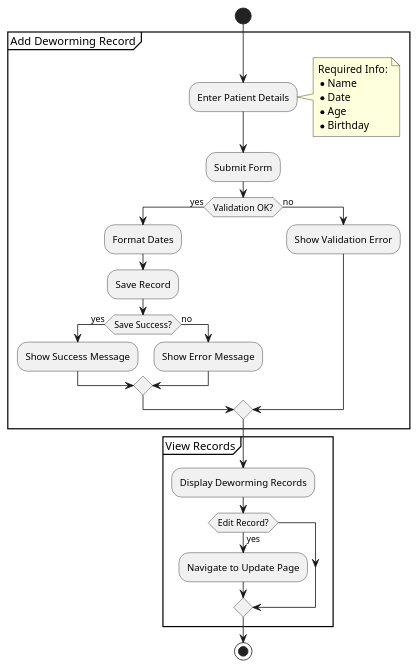
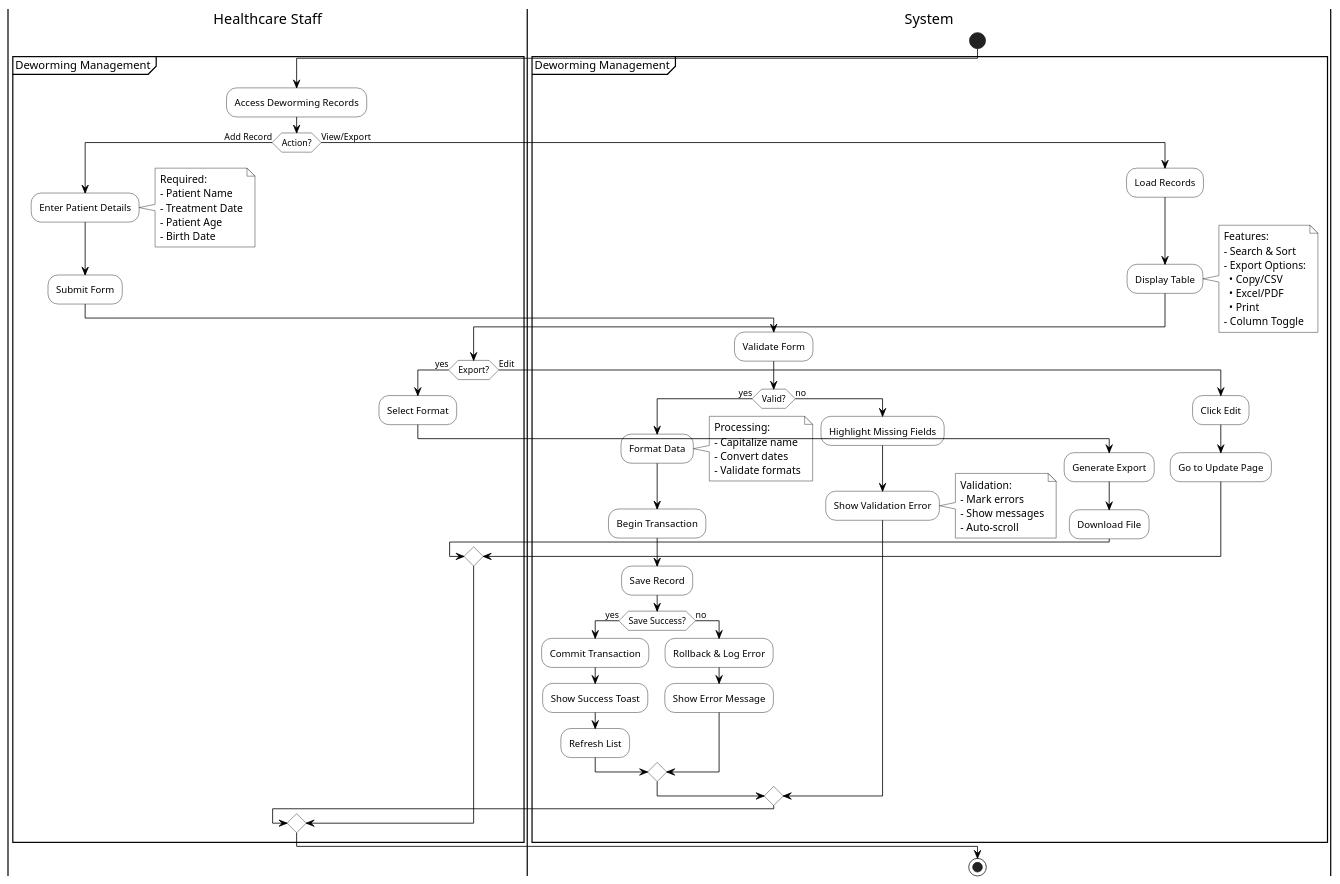
The diagram in dist/diagrams/Activity_Diagrams/deworming.activity.puml (KuroKage-001/Mamatid_MedClinic), drawn with PlantUML before and after one commit. The commit also changed 17 other files, not shown here.

```diff
--- a/dist/diagrams/Activity_Diagrams/deworming.activity.puml
+++ b/dist/diagrams/Activity_Diagrams/deworming.activity.puml
@@ -1,38 +1,95 @@
 @startuml Deworming Activity
+skinparam monochrome true
+skinparam shadowing false
+skinparam ActivityBackgroundColor white
+skinparam ActivityBorderColor black
+skinparam ArrowColor black
+skinparam NoteBackgroundColor white
+skinparam NoteBorderColor black
+
+|Healthcare Staff|
+|System|
 
 start
 
-partition "Add Deworming Record" {
-  :Enter Patient Details;
-  note right
-    Required Info:
-    * Name
-    * Date
-    * Age
-    * Birthday
-  end note
-  :Submit Form;
+partition "Deworming Management" {
+  |Healthcare Staff|
+  :Access Deworming Records;
   
-  if (Validation OK?) then (yes)
-    :Format Dates;
-    :Save Record;
-    if (Save Success?) then (yes)
-      :Show Success Message;
+  if (Action?) then (Add Record)
+    :Enter Patient Details;
+    note right
+      Required:
+      - Patient Name
+      - Treatment Date
+      - Patient Age
+      - Birth Date
+    end note
+    
+    :Submit Form;
+    
+    |System|
+    :Validate Form;
+    
+    if (Valid?) then (yes)
+      :Format Data;
+      note right
+        Processing:
+        - Capitalize name
+        - Convert dates
+        - Validate formats
+      end note
+      
+      :Begin Transaction;
+      :Save Record;
+      
+      if (Save Success?) then (yes)
+        :Commit Transaction;
+        :Show Success Toast;
+        :Refresh List;
+      else (no)
+        :Rollback & Log Error;
+        :Show Error Message;
+      endif
+      
     else (no)
-      :Show Error Message;
+      :Highlight Missing Fields;
+      :Show Validation Error;
+      note right
+        Validation:
+        - Mark errors
+        - Show messages
+        - Auto-scroll
+      end note
     endif
-  else (no)
-    :Show Validation Error;
-  endif
-}
-
-partition "View Records" {
-  :Display Deworming Records;
-  if (Edit Record?) then (yes)
-    :Navigate to Update Page;
+    
+  else (View/Export)
+    |System|
+    :Load Records;
+    :Display Table;
+    note right
+      Features:
+      - Search & Sort
+      - Export Options:
+        • Copy/CSV
+        • Excel/PDF
+        • Print
+      - Column Toggle
+    end note
+    
+    |Healthcare Staff|
+    if (Export?) then (yes)
+      :Select Format;
+      |System|
+      :Generate Export;
+      :Download File;
+    else (Edit)
+      :Click Edit;
+      :Go to Update Page;
+    endif
   endif
 }
 
 stop
 
 @enduml 
```
